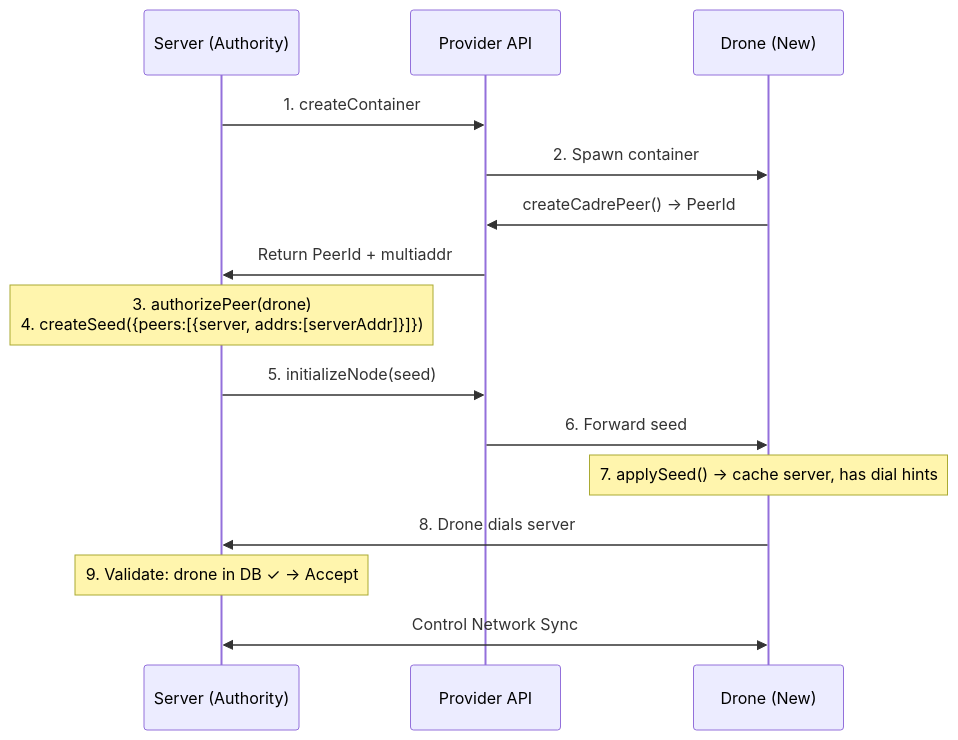
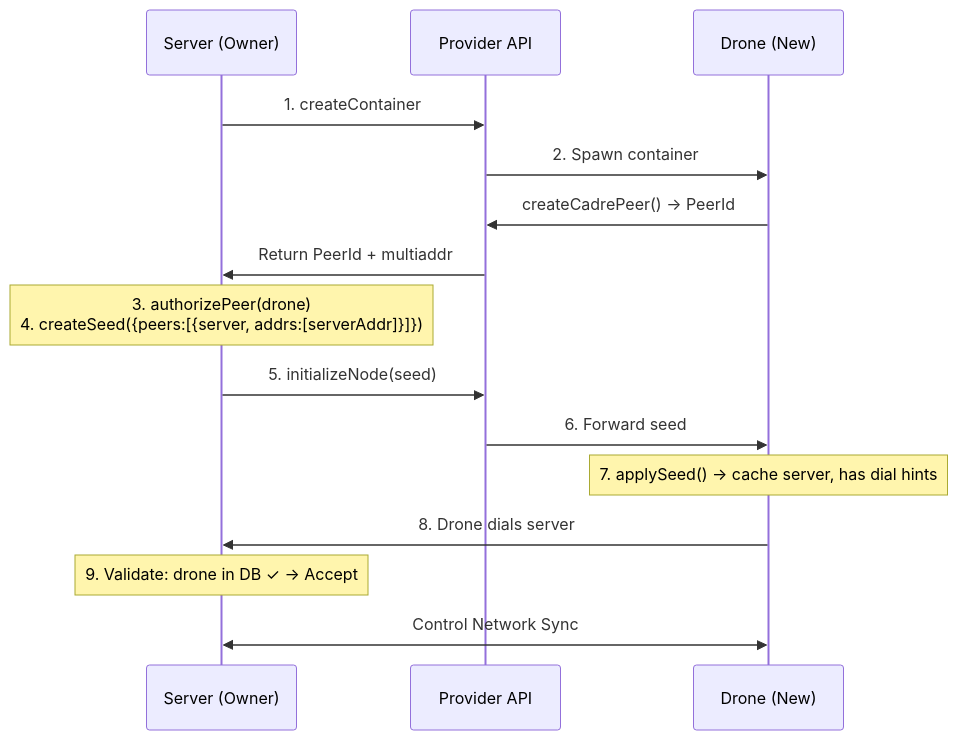
Before and after one commit to gotchoices/sereus: the fifth of 12 diagrams in docs/architecture.md, drawn with Mermaid. The commit also changed other lines of this file and 127 other files, not shown here.

Commit message:
ticket(implement): rename-cadre-authority-to-owner

````diff
--- a/docs/architecture.md
+++ b/docs/architecture.md
@@ -243,17 +243,17 @@
 ```mermaid
 sequenceDiagram
-    participant S as Server (Authority)
+    participant S as Server (Owner)
     participant P as Provider API
     participant D as Drone (New)
     S->>P: 1. createContainer
     P->>D: 2. Spawn container
     D->>P: createCadrePeer() → PeerId
     P->>S: Return PeerId + multiaddr
     Note over S: 3. authorizePeer(drone)<br/>4. createSeed({peers:[{server, addrs:[serverAddr]}]})
     S->>P: 5. initializeNode(seed)
     P->>D: 6. Forward seed
     Note over D: 7. applySeed() → cache server, has dial hints
     D->>S: 8. Drone dials server
     Note over S: 9. Validate: drone in DB ✓ → Accept
     S<<->>D: Control Network Sync
 ```
````
